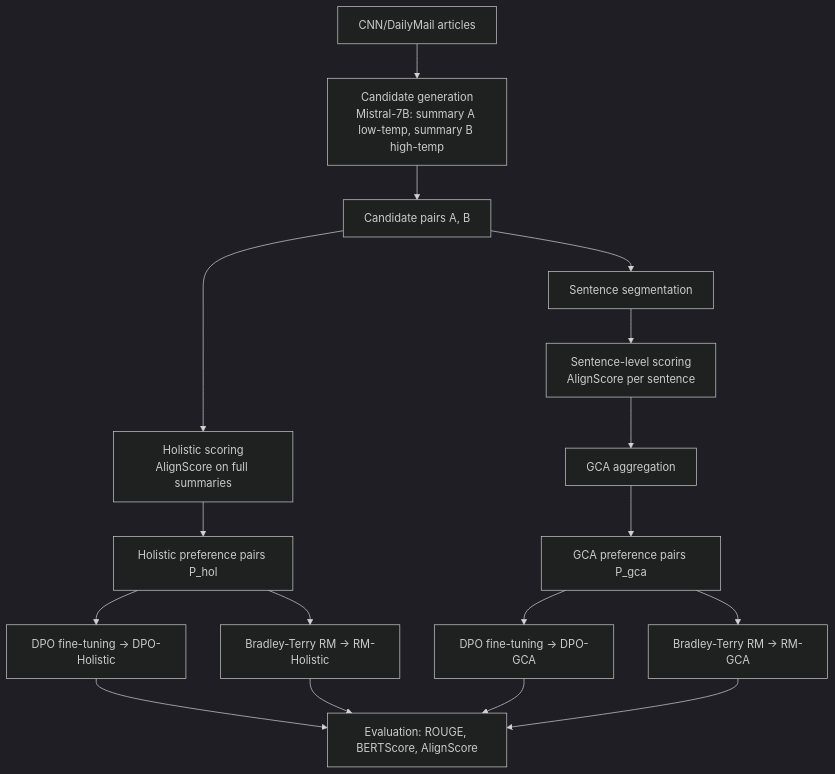
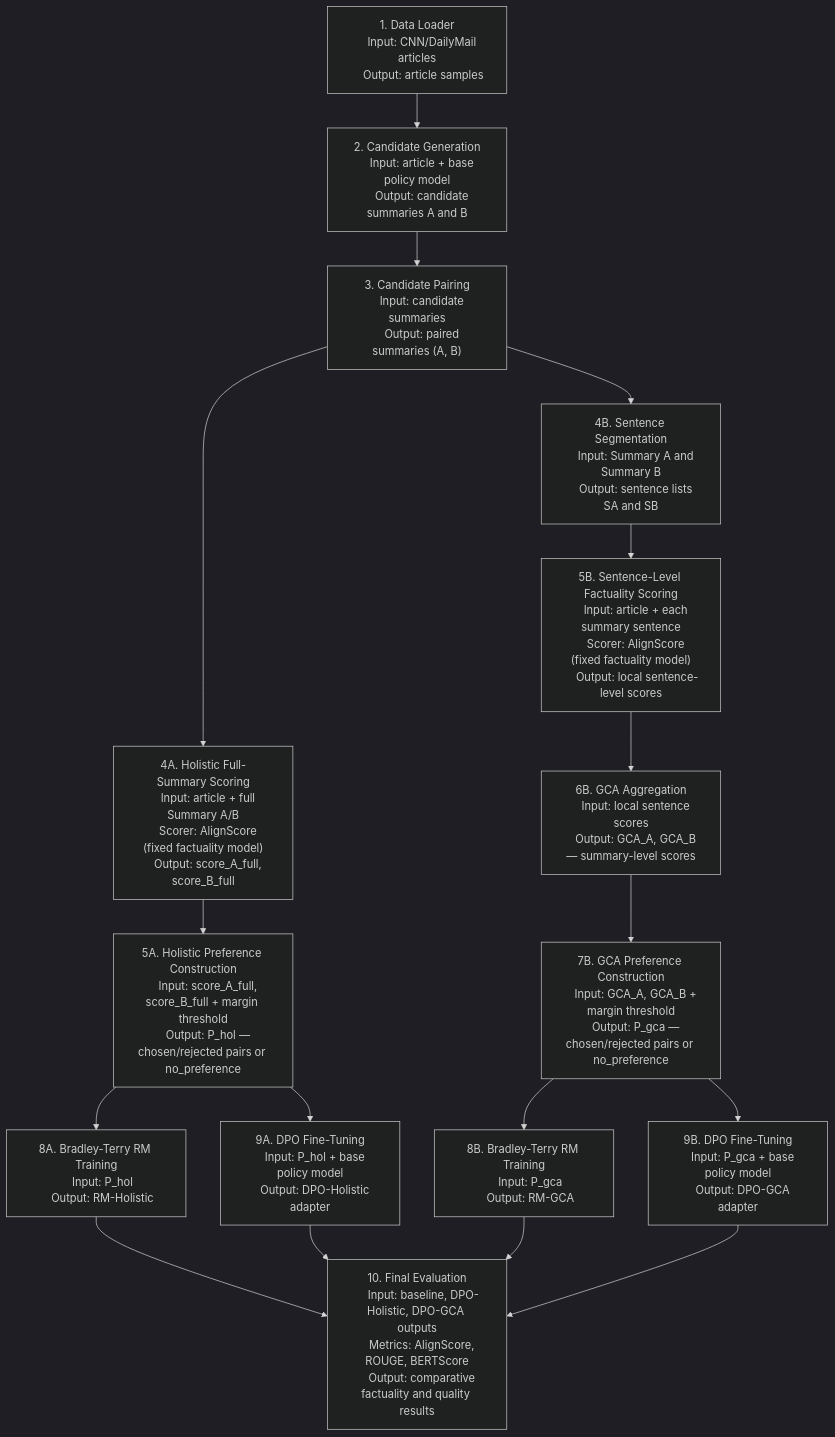
One commit to hasnat23/master-thesis-rlaif-gca changed the diagram in progress-updates/02-06-2026/README.md. Above: the diagram before and after it, drawn with Mermaid (dark theme). The commit also changed other lines of this file, not shown here.

Commit message:
progress: update architecture diagram with inputs/outputs, fix judge wording, honest GCA interpretation

````diff
--- a/progress-updates/02-06-2026/README.md
+++ b/progress-updates/02-06-2026/README.md
@@ -27,23 +29,63 @@
 ```mermaid
 flowchart TD
-    A[CNN/DailyMail articles] --> B[Candidate generation\nMistral-7B: summary A low-temp, summary B high-temp]
-    B --> C[Candidate pairs A, B]
+    A["1. Data Loader
+    Input: CNN/DailyMail articles
+    Output: article samples"] --> B["2. Candidate Generation
+    Input: article + base policy model
+    Output: candidate summaries A and B"]
 
-    C --> H1[Holistic scoring\nAlignScore on full summaries]
-    H1 --> H2[Holistic preference pairs P_hol]
+    B --> C["3. Candidate Pairing
+    Input: candidate summaries
+    Output: paired summaries (A, B)"]
 
-    C --> G1[Sentence segmentation]
-    G1 --> G2[Sentence-level scoring\nAlignScore per sentence]
-    G2 --> G3[GCA aggregation]
-    G3 --> G4[GCA preference pairs P_gca]
+    C --> H1["4A. Holistic Full-Summary Scoring
+    Input: article + full Summary A/B
+    Scorer: AlignScore (fixed factuality model)
+    Output: score_A_full, score_B_full"]
 
-    H2 --> D1[DPO fine-tuning → DPO-Holistic]
-    G4 --> D2[DPO fine-tuning → DPO-GCA]
-    H2 --> R1[Bradley-Terry RM → RM-Holistic]
-    G4 --> R2[Bradley-Terry RM → RM-GCA]
+    H1 --> H2["5A. Holistic Preference Construction
+    Input: score_A_full, score_B_full + margin threshold
+    Output: P_hol — chosen/rejected pairs or no_preference"]
 
-    D1 --> E[Evaluation: ROUGE, BERTScore, AlignScore]
+    C --> G1["4B. Sentence Segmentation
+    Input: Summary A and Summary B
+    Output: sentence lists SA and SB"]
+
+    G1 --> G2["5B. Sentence-Level Factuality Scoring
+    Input: article + each summary sentence
+    Scorer: AlignScore (fixed factuality model)
+    Output: local sentence-level scores"]
+
+    G2 --> G3["6B. GCA Aggregation
+    Input: local sentence scores
+    Output: GCA_A, GCA_B — summary-level scores"]
+
+    G3 --> G4["7B. GCA Preference Construction
+    Input: GCA_A, GCA_B + margin threshold
+    Output: P_gca — chosen/rejected pairs or no_preference"]
+
+    H2 --> R1["8A. Bradley-Terry RM Training
+    Input: P_hol
+    Output: RM-Holistic"]
+
+    G4 --> R2["8B. Bradley-Terry RM Training
+    Input: P_gca
+    Output: RM-GCA"]
+
+    H2 --> D1["9A. DPO Fine-Tuning
+    Input: P_hol + base policy model
+    Output: DPO-Holistic adapter"]
+
+    G4 --> D2["9B. DPO Fine-Tuning
+    Input: P_gca + base policy model
+    Output: DPO-GCA adapter"]
+
+    D1 --> E["10. Final Evaluation
+    Input: baseline, DPO-Holistic, DPO-GCA outputs
+    Metrics: AlignScore, ROUGE, BERTScore
+    Output: comparative factuality and quality results"]
+
     D2 --> E
     R1 --> E
     R2 --> E
 ```
````
